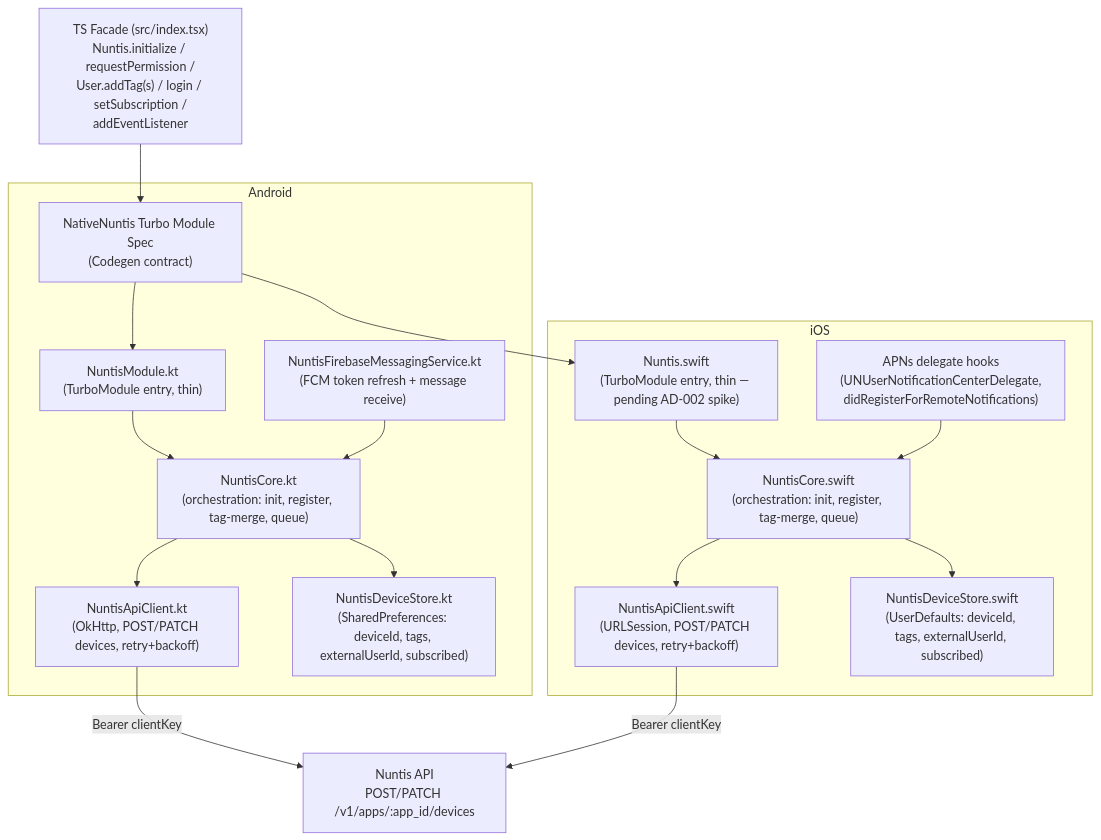
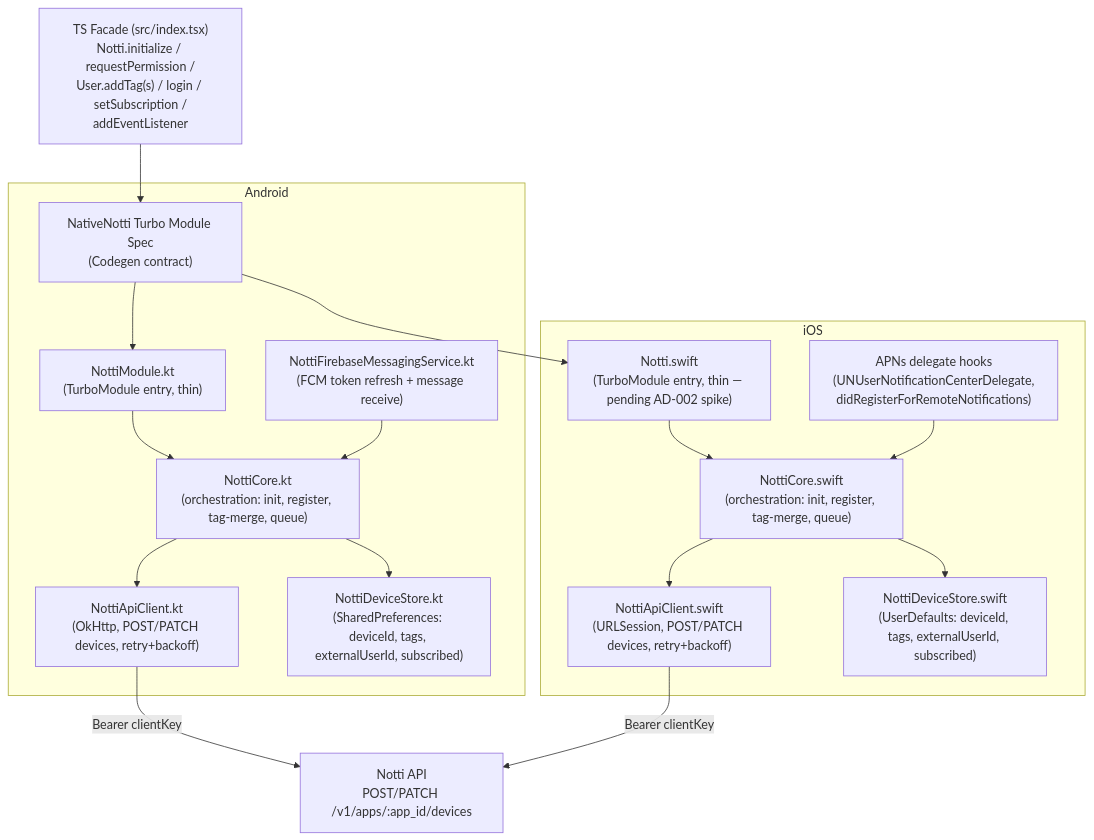
The diagram in .specs/features/sdk-core-v1/design.md (zeeplabs/zeep-notti-react-native), drawn with Mermaid before and after one commit. The commit also changed other lines of this file and 120 other files, not shown here.

First line of the commit message:
chore: rename SDK from Nuntis to Notti

````diff
--- a/.specs/features/sdk-core-v1/design.md
+++ b/.specs/features/sdk-core-v1/design.md
@@ -12,33 +12,33 @@
 ```mermaid
 graph TD
-    JS["TS Facade (src/index.tsx)<br/>Nuntis.initialize / requestPermission /<br/>User.addTag(s) / login / setSubscription /<br/>addEventListener"]
-    TM["NativeNuntis Turbo Module Spec<br/>(Codegen contract)"]
+    JS["TS Facade (src/index.tsx)<br/>Notti.initialize / requestPermission /<br/>User.addTag(s) / login / setSubscription /<br/>addEventListener"]
+    TM["NativeNotti Turbo Module Spec<br/>(Codegen contract)"]
     JS --> TM
 
     subgraph Android
-        AMod["NuntisModule.kt<br/>(TurboModule entry, thin)"]
-        ACore["NuntisCore.kt<br/>(orchestration: init, register, tag-merge, queue)"]
-        AApi["NuntisApiClient.kt<br/>(OkHttp, POST/PATCH devices, retry+backoff)"]
-        AStore["NuntisDeviceStore.kt<br/>(SharedPreferences: deviceId, tags, externalUserId, subscribed)"]
-        AFcm["NuntisFirebaseMessagingService.kt<br/>(FCM token refresh + message receive)"]
+        AMod["NottiModule.kt<br/>(TurboModule entry, thin)"]
+        ACore["NottiCore.kt<br/>(orchestration: init, register, tag-merge, queue)"]
+        AApi["NottiApiClient.kt<br/>(OkHttp, POST/PATCH devices, retry+backoff)"]
+        AStore["NottiDeviceStore.kt<br/>(SharedPreferences: deviceId, tags, externalUserId, subscribed)"]
+        AFcm["NottiFirebaseMessagingService.kt<br/>(FCM token refresh + message receive)"]
         TM --> AMod --> ACore
         ACore --> AApi
         ACore --> AStore
         AFcm --> ACore
     end
 
     subgraph iOS
-        IMod["Nuntis.swift<br/>(TurboModule entry, thin — pending AD-002 spike)"]
-        ICore["NuntisCore.swift<br/>(orchestration: init, register, tag-merge, queue)"]
-        IApi["NuntisApiClient.swift<br/>(URLSession, POST/PATCH devices, retry+backoff)"]
-        IStore["NuntisDeviceStore.swift<br/>(UserDefaults: deviceId, tags, externalUserId, subscribed)"]
+        IMod["Notti.swift<br/>(TurboModule entry, thin — pending AD-002 spike)"]
+        ICore["NottiCore.swift<br/>(orchestration: init, register, tag-merge, queue)"]
+        IApi["NottiApiClient.swift<br/>(URLSession, POST/PATCH devices, retry+backoff)"]
+        IStore["NottiDeviceStore.swift<br/>(UserDefaults: deviceId, tags, externalUserId, subscribed)"]
         IDelegate["APNs delegate hooks<br/>(UNUserNotificationCenterDelegate,<br/>didRegisterForRemoteNotifications)"]
         TM --> IMod --> ICore
         ICore --> IApi
         ICore --> IStore
         IDelegate --> ICore
     end
 
-    AApi -->|"Bearer clientKey"| Nuntis["Nuntis API<br/>POST/PATCH /v1/apps/:app_id/devices"]
-    IApi -->|"Bearer clientKey"| Nuntis
+    AApi -->|"Bearer clientKey"| Notti["Notti API<br/>POST/PATCH /v1/apps/:app_id/devices"]
+    IApi -->|"Bearer clientKey"| Notti
 ```
````
